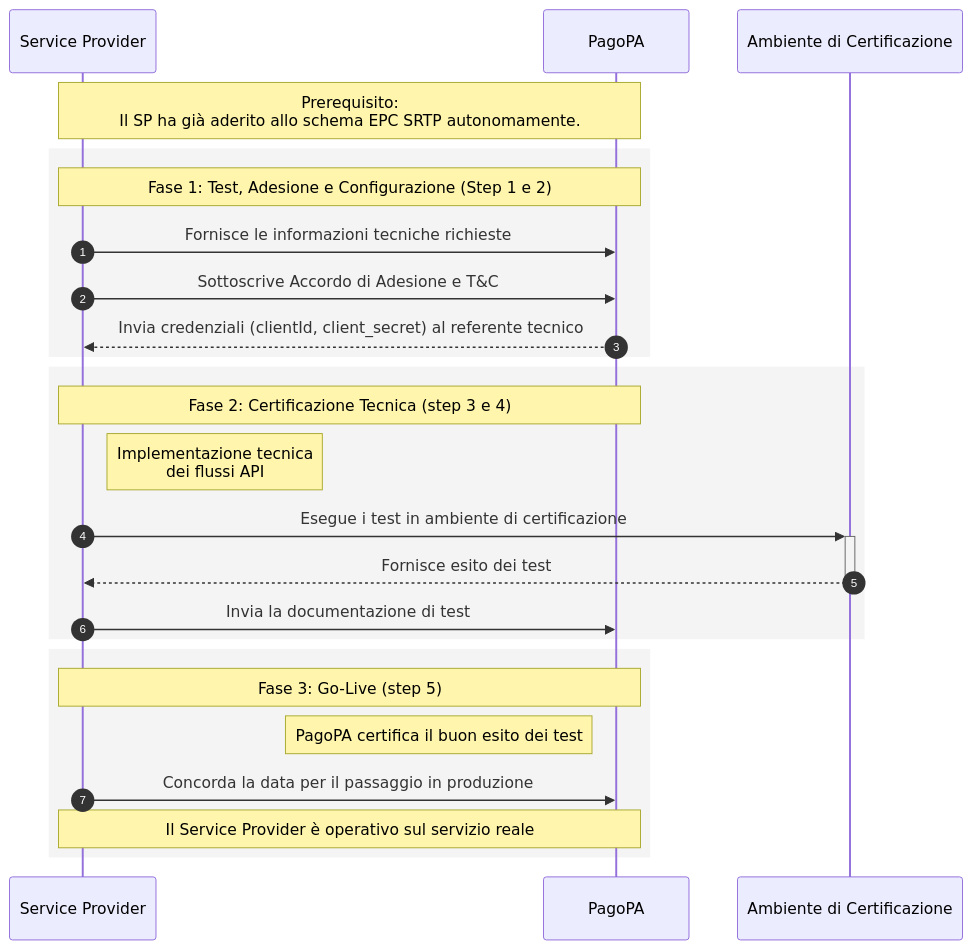
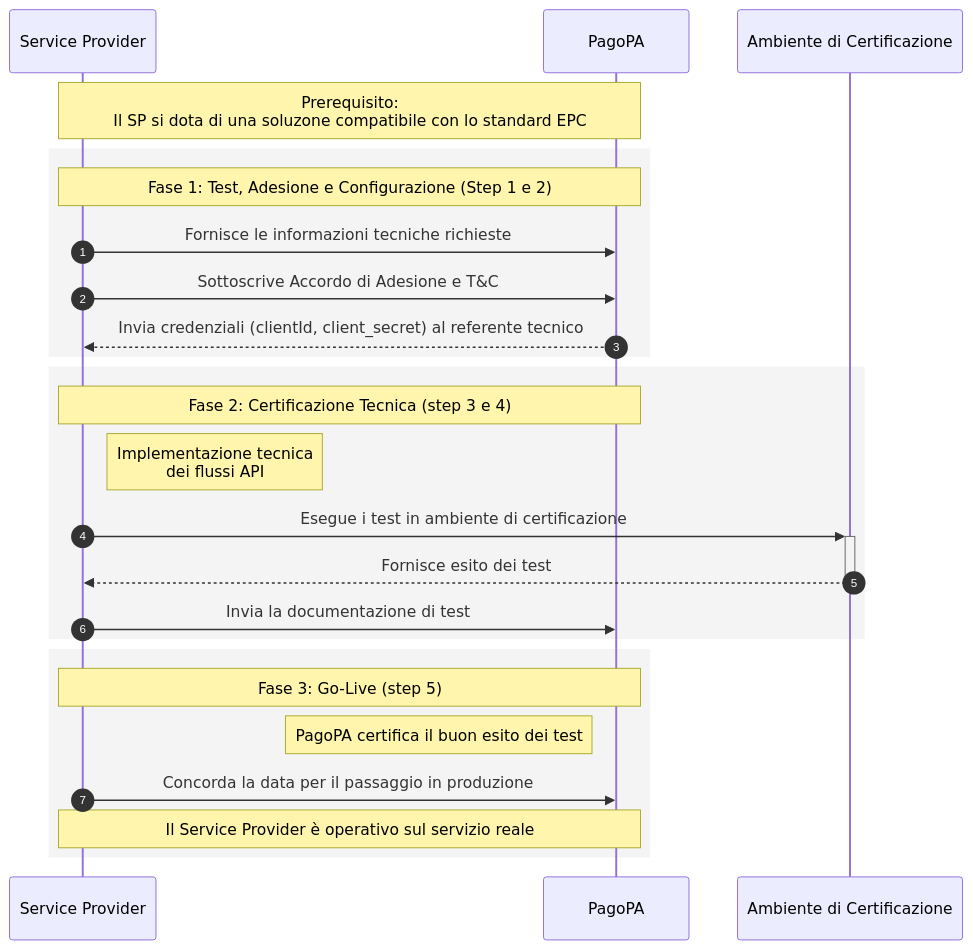
One commit to pagopa/devportal-docs changed the diagram in docs/ehvH7YE5R9GDHFFfnCv1/tutorial/come-aderire-al-servizio.md. Above: the diagram before and after it, drawn with Mermaid. The commit also changed other lines of this file, not shown here.

Commit message:
GITBOOK-35: Alessio's Oct 21 changes

````diff
--- a/docs/ehvH7YE5R9GDHFFfnCv1/tutorial/come-aderire-al-servizio.md
+++ b/docs/ehvH7YE5R9GDHFFfnCv1/tutorial/come-aderire-al-servizio.md
@@ -85,32 +85,32 @@
 ```mermaid
 sequenceDiagram
     autonumber
 
     participant SP as Service Provider
     participant PPA as PagoPA
     participant UAT as Ambiente di Certificazione
 
-    Note over SP, PPA: Prerequisito: <br> Il SP ha già aderito allo schema EPC SRTP autonomamente.
+    Note over SP, PPA: Prerequisito: <br> Il SP si dota di una soluzone compatibile con lo standard EPC
 
     rect rgba(240, 240, 240, 0.7)
         note over SP, PPA: Fase 1: Test, Adesione e Configurazione (Step 1 e 2)
         SP->>PPA: Fornisce le informazioni tecniche richieste
         SP->>PPA: Sottoscrive Accordo di Adesione e T&C
         PPA-->>SP: Invia credenziali (clientId, client_secret) al referente tecnico
     end
 
     rect rgba(240, 240, 240, 0.7)
         note over SP, PPA: Fase 2: Certificazione Tecnica (step 3 e 4)
         Note right of SP: Implementazione tecnica <br>dei flussi API
         SP->>+UAT: Esegue i test in ambiente di certificazione
         UAT-->>-SP: Fornisce esito dei test
         SP->>PPA: Invia la documentazione di test
     end
     
     rect rgba(240, 240, 240, 0.7)
         note over SP, PPA: Fase 3: Go-Live (step 5)
         Note left of PPA: PagoPA certifica il buon esito dei test
         SP->>PPA: Concorda la data per il passaggio in produzione
         Note over SP, PPA: Il Service Provider è operativo sul servizio reale
     end
 ```
````
